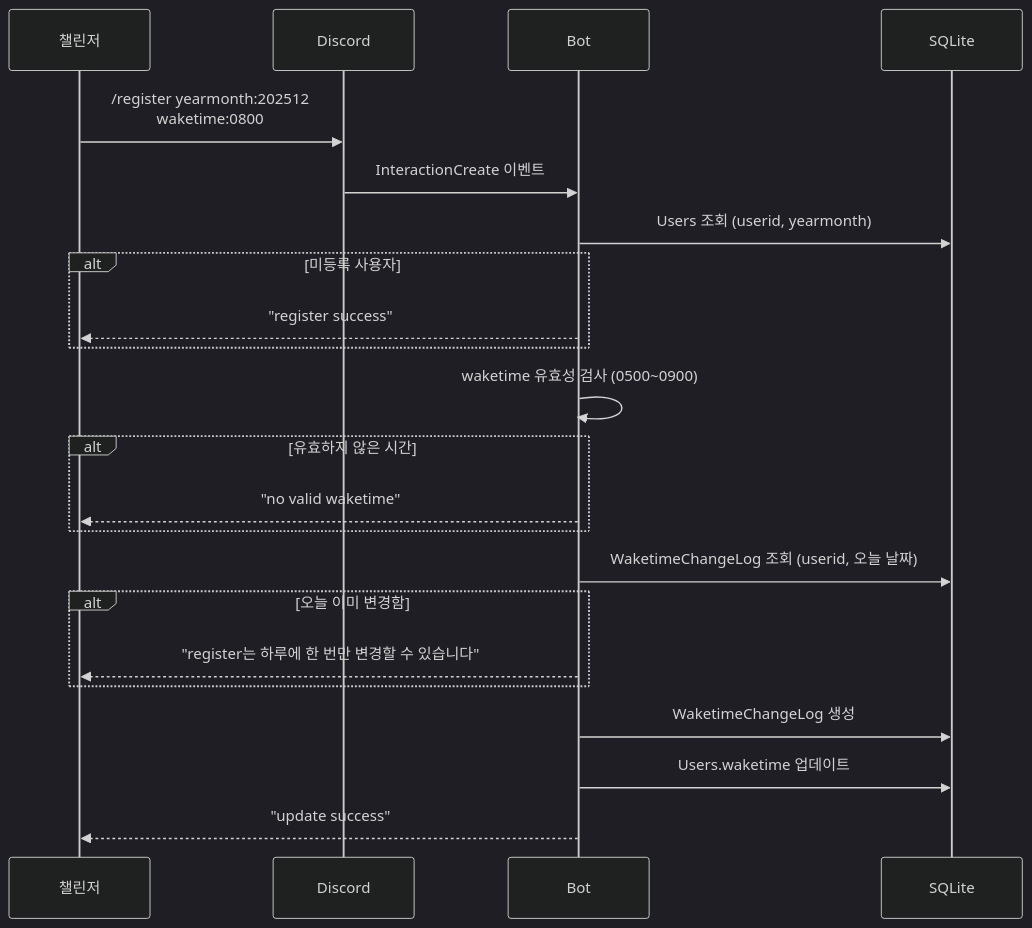
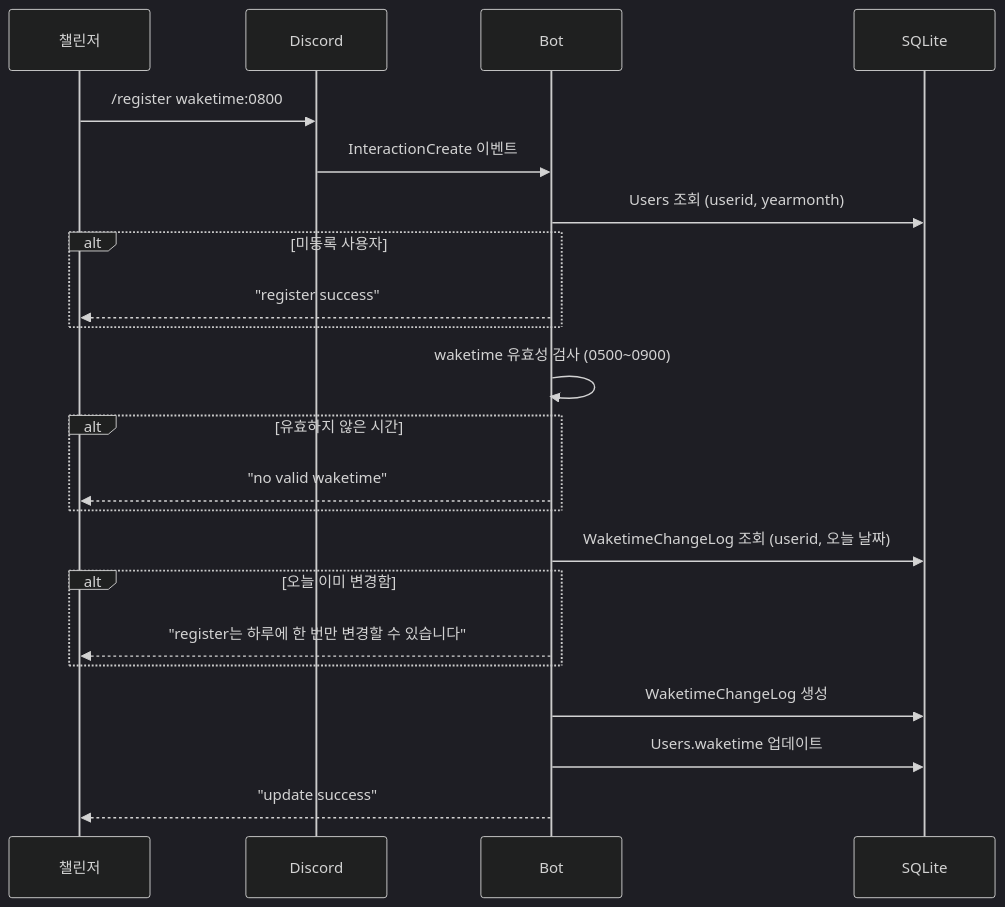
Diagram 12 of 13 in docs/USER_STORIES.md (honki12345/haruharu-discord-bot), drawn with Mermaid (dark theme) before and after one commit. The commit also changed other lines of this file and 10 other files, not shown here.

````diff
--- a/docs/USER_STORIES.md
+++ b/docs/USER_STORIES.md
@@ -579,29 +581,29 @@
 ```mermaid
 sequenceDiagram
     participant U as 챌린저
     participant D as Discord
     participant B as Bot
     participant DB as SQLite
 
-    U->>D: /register yearmonth:202512<br/>waketime:0800
+    U->>D: /register waketime:0800
     D->>B: InteractionCreate 이벤트
 
     B->>DB: Users 조회 (userid, yearmonth)
     alt 미등록 사용자
         B-->>U: "register success"
     end
 
     B->>B: waketime 유효성 검사 (0500~0900)
     alt 유효하지 않은 시간
         B-->>U: "no valid waketime"
     end
 
     B->>DB: WaketimeChangeLog 조회 (userid, 오늘 날짜)
     alt 오늘 이미 변경함
         B-->>U: "register는 하루에 한 번만 변경할 수 있습니다"
     end
 
     B->>DB: WaketimeChangeLog 생성
     B->>DB: Users.waketime 업데이트
     B-->>U: "update success"
 ```
````
